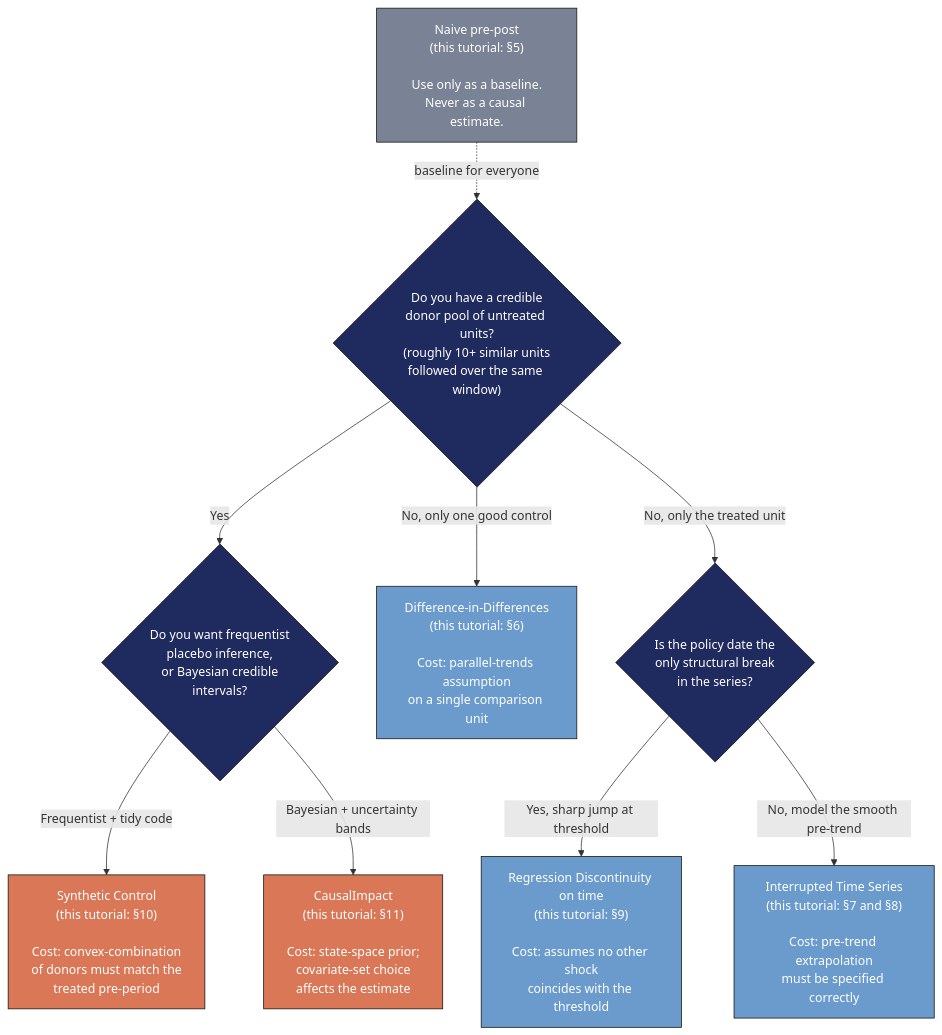
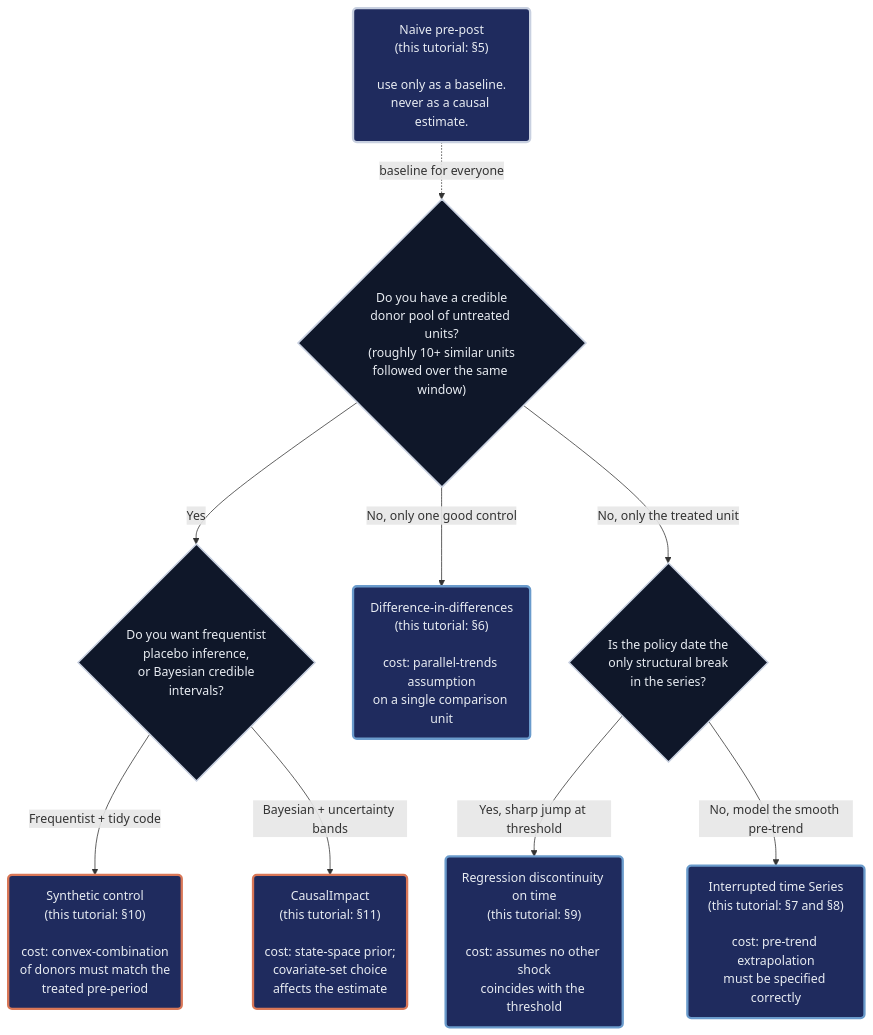
One commit to cmg777/starter-academic-v501 changed the second of 5 diagrams in content/post/r_causalpolicy_workshop/tutorial.qmd. Above: the diagram before and after it, drawn with Mermaid. The commit also changed other lines of this file and 42 other files, not shown here.

First line of the commit message:
content(mermaid): restyle Mermaid copies in tutorial sources and the LaLonde slide deck

````diff
--- a/content/post/r_causalpolicy_workshop/tutorial.qmd
+++ b/content/post/r_causalpolicy_workshop/tutorial.qmd
@@ -95,25 +98,28 @@
 ```{mermaid}
 flowchart TB
     Q1{"Do you have a credible<br/>donor pool of untreated units?<br/>(roughly 10+ similar units<br/>followed over the same window)"}
     Q1 -->|Yes| Q2{"Do you want frequentist<br/>placebo inference,<br/>or Bayesian credible<br/>intervals?"}
-    Q1 -->|No, only one good control| DiD["Difference-in-Differences<br/>(this tutorial: §6)<br/><br/>Cost: parallel-trends assumption<br/>on a single comparison unit"]
+    Q1 -->|No, only one good control| DiD("Difference-in-differences<br/>(this tutorial: §6)<br/><br/>cost: parallel-trends assumption<br/>on a single comparison unit")
     Q1 -->|No, only the treated unit| Q3{"Is the policy date the<br/>only structural break<br/>in the series?"}
 
-    Q2 -->|Frequentist + tidy code| SCM["Synthetic Control<br/>(this tutorial: §10)<br/><br/>Cost: convex-combination<br/>of donors must match the<br/>treated pre-period"]
-    Q2 -->|Bayesian + uncertainty bands| CI["CausalImpact<br/>(this tutorial: §11)<br/><br/>Cost: state-space prior;<br/>covariate-set choice<br/>affects the estimate"]
+    Q2 -->|Frequentist + tidy code| SCM("Synthetic control<br/>(this tutorial: §10)<br/><br/>cost: convex-combination<br/>of donors must match the<br/>treated pre-period")
+    Q2 -->|Bayesian + uncertainty bands| CI("CausalImpact<br/>(this tutorial: §11)<br/><br/>cost: state-space prior;<br/>covariate-set choice<br/>affects the estimate")
 
-    Q3 -->|Yes, sharp jump at threshold| RDD["Regression Discontinuity on time<br/>(this tutorial: §9)<br/><br/>Cost: assumes no other shock<br/>coincides with the threshold"]
-    Q3 -->|No, model the smooth pre-trend| ITS["Interrupted Time Series<br/>(this tutorial: §7 and §8)<br/><br/>Cost: pre-trend extrapolation<br/>must be specified correctly"]
+    Q3 -->|Yes, sharp jump at threshold| RDD("Regression discontinuity on time<br/>(this tutorial: §9)<br/><br/>cost: assumes no other shock<br/>coincides with the threshold")
+    Q3 -->|No, model the smooth pre-trend| ITS("Interrupted time Series<br/>(this tutorial: §7 and §8)<br/><br/>cost: pre-trend extrapolation<br/>must be specified correctly")
 
-    NAIVE["Naive pre-post<br/>(this tutorial: §5)<br/><br/>Use only as a baseline.<br/>Never as a causal estimate."] -.->|"baseline for everyone"| Q1
+    NAIVE("Naive pre-post<br/>(this tutorial: §5)<br/><br/>use only as a baseline.<br/>never as a causal estimate.") -.->|"baseline for everyone"| Q1
 
-    style Q1 fill:#1f2b5e,stroke:#141413,color:#fff
-    style Q2 fill:#1f2b5e,stroke:#141413,color:#fff
-    style Q3 fill:#1f2b5e,stroke:#141413,color:#fff
-    style DiD fill:#6a9bcc,stroke:#141413,color:#fff
-    style SCM fill:#d97757,stroke:#141413,color:#fff
-    style CI fill:#d97757,stroke:#141413,color:#fff
-    style RDD fill:#6a9bcc,stroke:#141413,color:#fff
-    style ITS fill:#6a9bcc,stroke:#141413,color:#fff
-    style NAIVE fill:#7a8395,stroke:#141413,color:#fff
+    classDef sty_Q1 fill:#0f1729,stroke:#c8d0e0,stroke-width:2px,color:#e8ecf2
+    class Q1 sty_Q1
+    classDef sty_Q2 fill:#0f1729,stroke:#c8d0e0,stroke-width:2px,color:#e8ecf2
+    class Q2 sty_Q2
+    classDef sty_Q3 fill:#0f1729,stroke:#c8d0e0,stroke-width:2px,color:#e8ecf2
+    class Q3 sty_Q3
+    classDef blue fill:#1f2b5e,stroke:#6a9bcc,stroke-width:3px,color:#e8ecf2
+    classDef orange fill:#1f2b5e,stroke:#d97757,stroke-width:3px,color:#e8ecf2
+    classDef gray fill:#1f2b5e,stroke:#c8d0e0,stroke-width:3px,color:#e8ecf2
+    class DiD,RDD,ITS blue
+    class SCM,CI orange
+    class NAIVE gray
 ```
````
